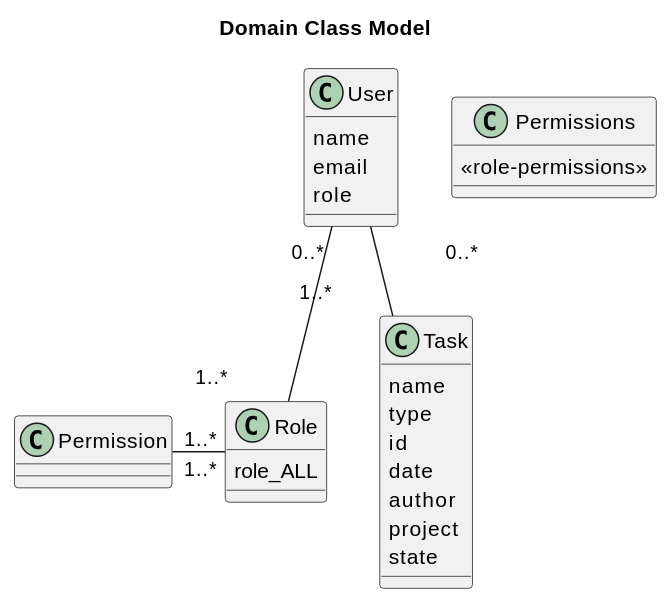
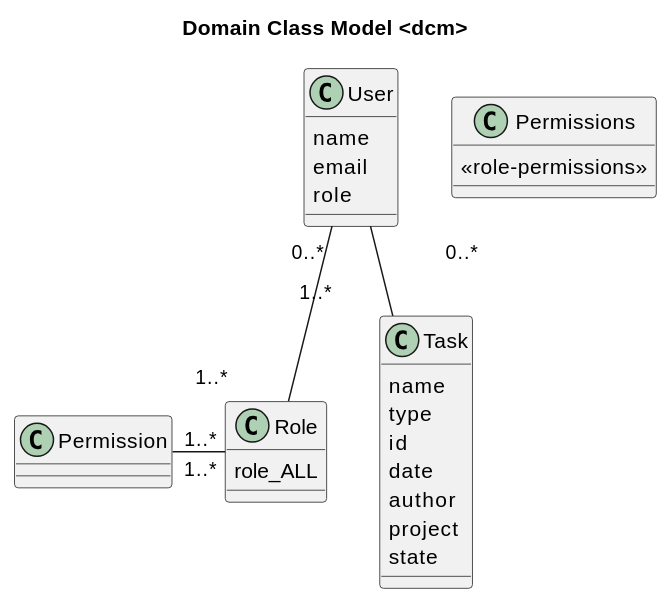
Diagram 22 of 46 in doc/worg/org-contrib/gsoc2012/student-projects/bugpile/i.org (bzg/bugpile), drawn with PlantUML before and after one commit. The commit also changed other lines of this file and 1 other file, not shown here.

```diff
--- a/doc/worg/org-contrib/gsoc2012/student-projects/bugpile/i.org
+++ b/doc/worg/org-contrib/gsoc2012/student-projects/bugpile/i.org
@@ -1074,13 +1112,13 @@
 #+begin_src plantuml :file ../../../../images/gsoc/2012/bugpile/domain-class-uml.png 
-  title Domain Class Model
+  title Domain Class Model <dcm>
   User : name\nemail\nrole
   Role : role_ALL
   Permissions : <<role-permissions>>
   Task : name\ntype\nid\ndate\nauthor\nproject\nstate
   
   User "             0..*" -down- "1..*           " Role
   Role "1..*" -left- "1..*" Permission
   User "             0..*" -down- "1..*           " Task
   
   
 #+end_src
```
